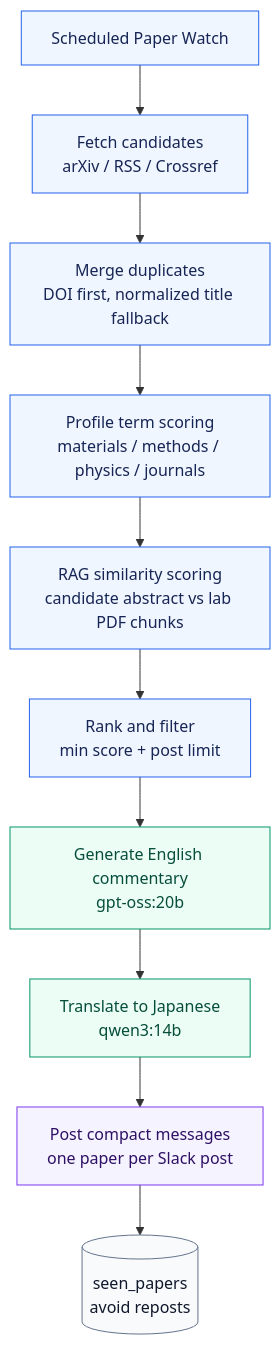
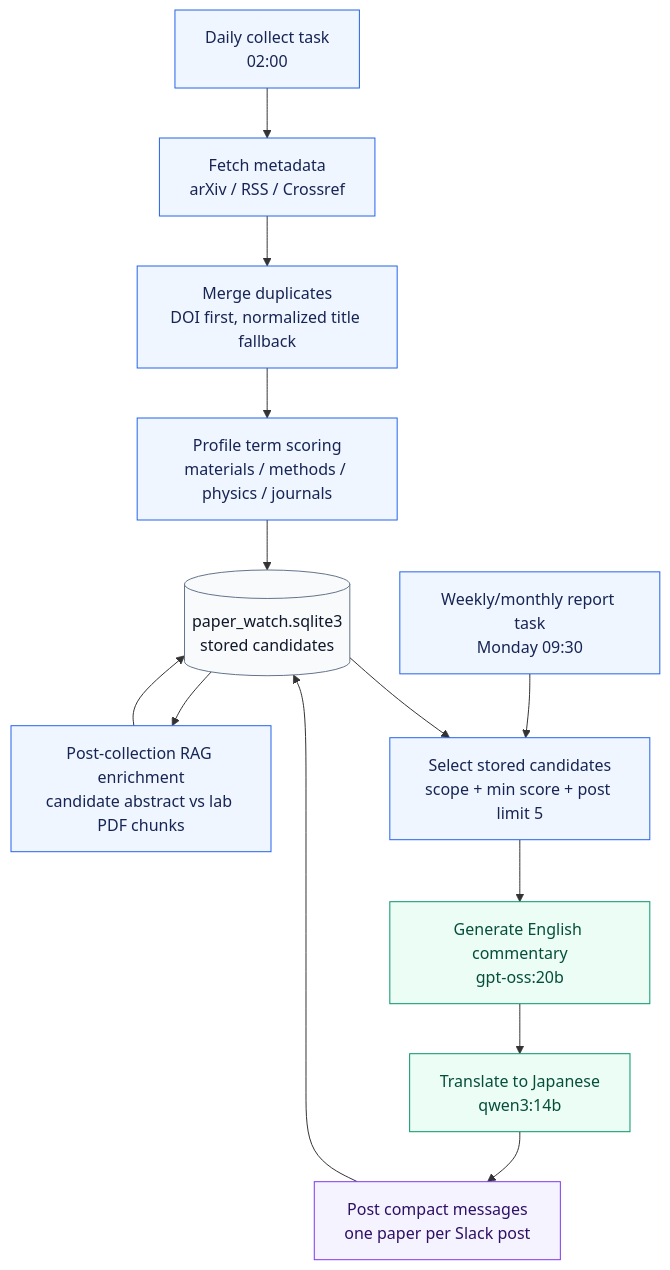
The third of 4 diagrams in docs/ARCHITECTURE.md (woolen-yarn/kohdalab-paperbot), drawn with Mermaid before and after one commit. The commit also changed other lines of this file and 8 other files, not shown here.

````diff
--- a/docs/ARCHITECTURE.md
+++ b/docs/ARCHITECTURE.md
@@ -92,21 +92,25 @@
 ```mermaid
 flowchart TD
-  start["Scheduled Paper Watch"] --> fetch["Fetch candidates\narXiv / RSS / Crossref"]
+  collect["Daily collect task\n02:00"] --> fetch["Fetch metadata\narXiv / RSS / Crossref"]
   fetch --> merge["Merge duplicates\nDOI first, normalized title fallback"]
   merge --> term["Profile term scoring\nmaterials / methods / physics / journals"]
-  term --> rag["RAG similarity scoring\ncandidate abstract vs lab PDF chunks"]
-  rag --> rank["Rank and filter\nmin score + post limit"]
-  rank --> explain["Generate English commentary\ngpt-oss:20b"]
+  term --> db[("paper_watch.sqlite3\nstored candidates")]
+  db --> rag["Post-collection RAG enrichment\ncandidate abstract vs lab PDF chunks"]
+  rag --> db
+
+  report["Weekly/monthly report task\nMonday 09:30"] --> select["Select stored candidates\nscope + min score + post limit 5"]
+  db --> select
+  select --> explain["Generate English commentary\ngpt-oss:20b"]
   explain --> translate["Translate to Japanese\nqwen3:14b"]
   translate --> post["Post compact messages\none paper per Slack post"]
-  post --> seen[("seen_papers\navoid reposts")]
+  post --> db
 
   classDef job fill:#eff6ff,stroke:#2563eb,color:#172554
   classDef ai fill:#ecfdf5,stroke:#059669,color:#064e3b
   classDef data fill:#f8fafc,stroke:#64748b,color:#0f172a
   classDef slack fill:#f5f3ff,stroke:#7c3aed,color:#2e1065
-  class start,fetch,merge,term,rag,rank job
+  class collect,fetch,merge,term,rag,report,select job
   class explain,translate ai
-  class seen data
+  class db data
   class post slack
 ```
````
